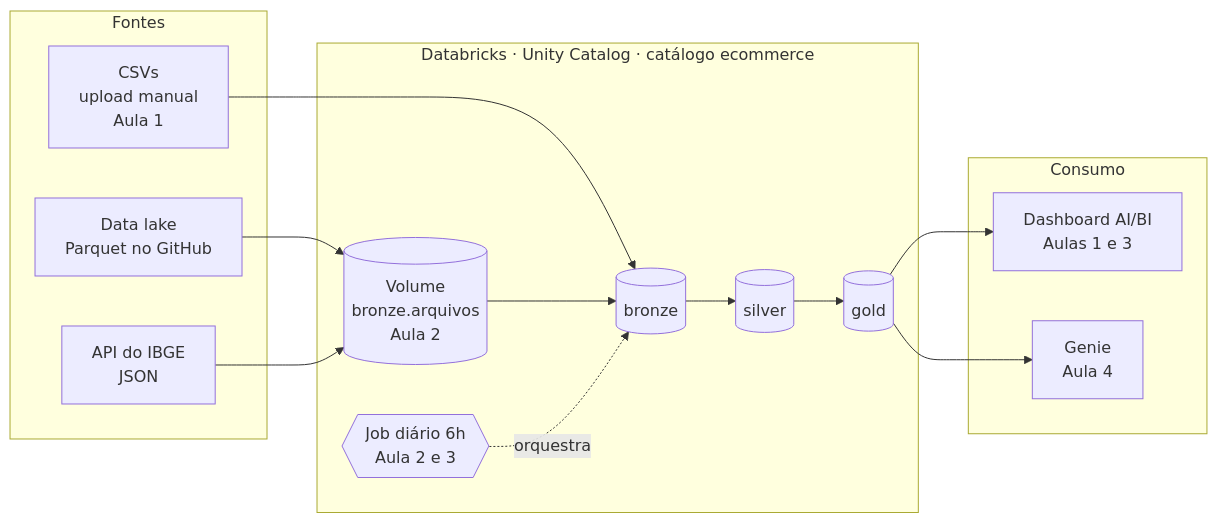
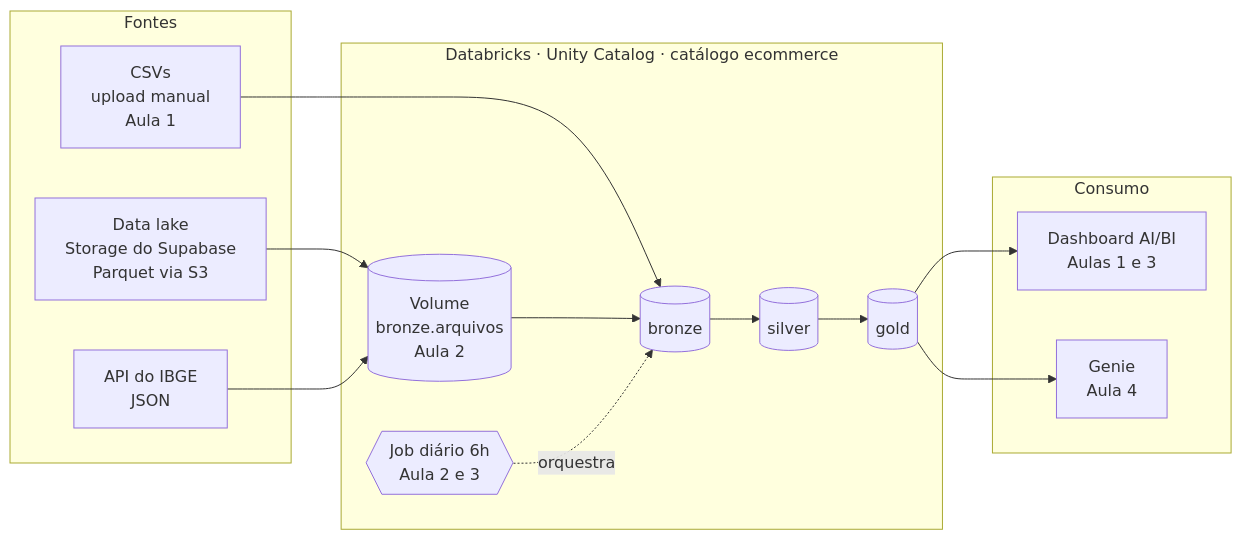
Before and after one commit to EversonRodrigues/Imersao-Jornada-Databricks: the diagram in README.md, drawn with Mermaid. The commit also changed 8 other files, not shown here.

First line of the commit message:
Aula 2: ingestão do data lake (Storage do Supabase via boto3)

````diff
--- a/README.md
+++ b/README.md
@@ -42,29 +42,29 @@
 ```mermaid
 flowchart LR
     subgraph Fontes
-        GH[Data lake<br/>Parquet no GitHub]
+        GH[Data lake<br/>Storage do Supabase<br/>Parquet via S3]
         API[API do IBGE<br/>JSON]
         CSV[CSVs<br/>upload manual<br/>Aula 1]
     end
 
     subgraph Databricks["Databricks · Unity Catalog · catálogo ecommerce"]
         VOL[(Volume<br/>bronze.arquivos<br/>Aula 2)]
         BR[(bronze)]
         SI[(silver)]
         GO[(gold)]
         JOB{{Job diário 6h<br/>Aula 2 e 3}}
     end
 
     subgraph Consumo
         DASH[Dashboard AI/BI<br/>Aulas 1 e 3]
         GEN[Genie<br/>Aula 4]
     end
 
     CSV --> BR
     GH --> VOL
     API --> VOL
     VOL --> BR --> SI --> GO
     JOB -.orquestra.-> BR
     GO --> DASH
     GO --> GEN
 ```
````
